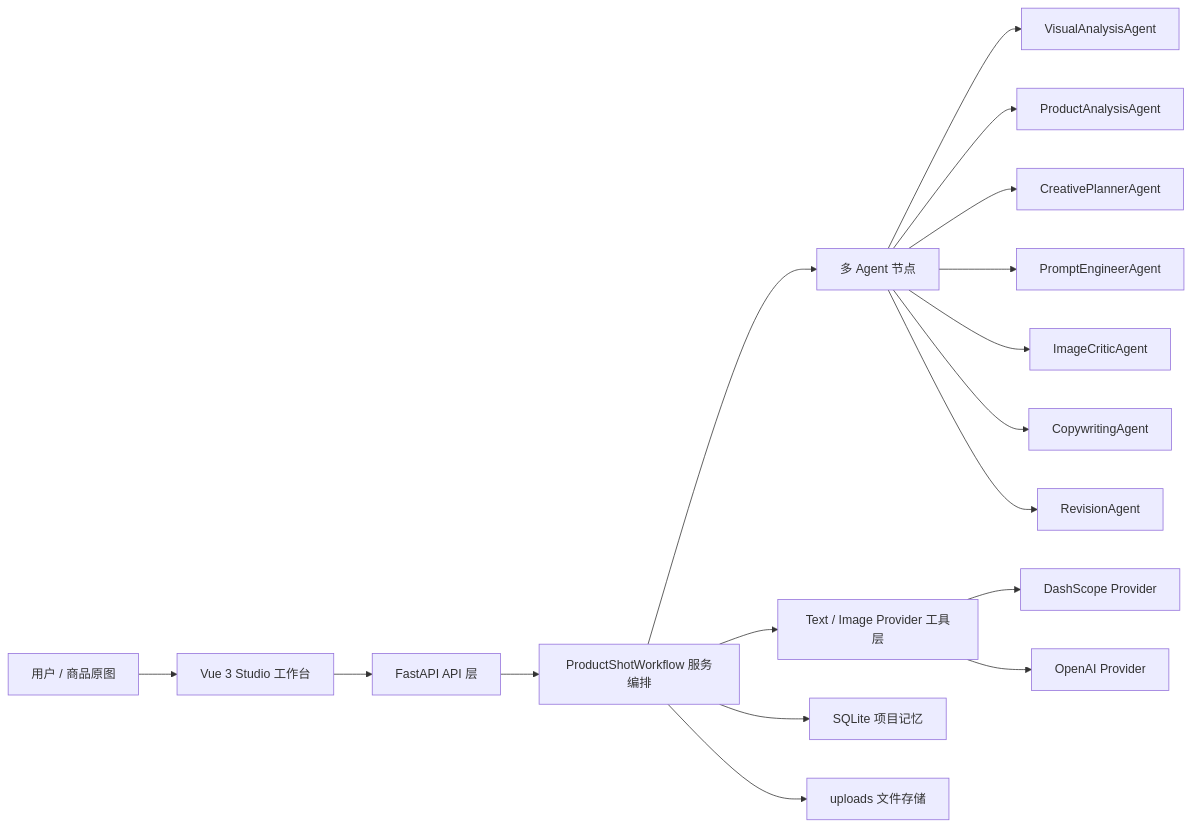
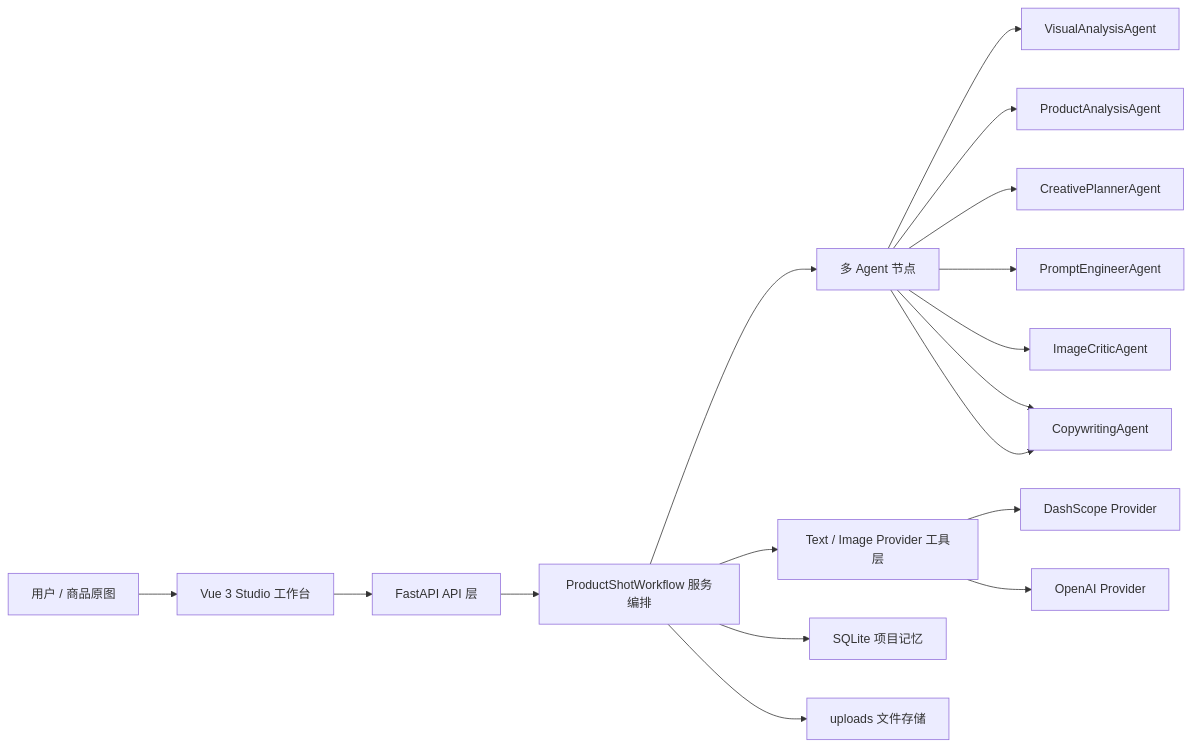
One commit to w-cyh/ProductShot-Agent changed the diagram in README.md. Above: the diagram before and after it, drawn with Mermaid. The commit also changed other lines of this file and 37 other files, not shown here.

````diff
--- a/README.md
+++ b/README.md
@@ -133,21 +130,21 @@
 ```mermaid
 flowchart LR
     User["用户 / 商品原图"] --> Frontend["Vue 3 Studio 工作台"]
     Frontend --> API["FastAPI API 层"]
     API --> Workflow["ProductShotWorkflow 服务编排"]
     Workflow --> Agents["多 Agent 节点"]
     Workflow --> Providers["Text / Image Provider 工具层"]
     Workflow --> DB["SQLite 项目记忆"]
     Workflow --> Files["uploads 文件存储"]
 
     Agents --> Visual["VisualAnalysisAgent"]
     Agents --> Strategy["ProductAnalysisAgent"]
     Agents --> Planner["CreativePlannerAgent"]
     Agents --> Prompt["PromptEngineerAgent"]
     Agents --> Critic["ImageCriticAgent"]
     Agents --> Copy["CopywritingAgent"]
-    Agents --> Revision["RevisionAgent"]
+    Agents --> Copy["CopywritingAgent"]
 
     Providers --> DashScope["DashScope Provider"]
     Providers --> OpenAI["OpenAI Provider"]
 ```
````
